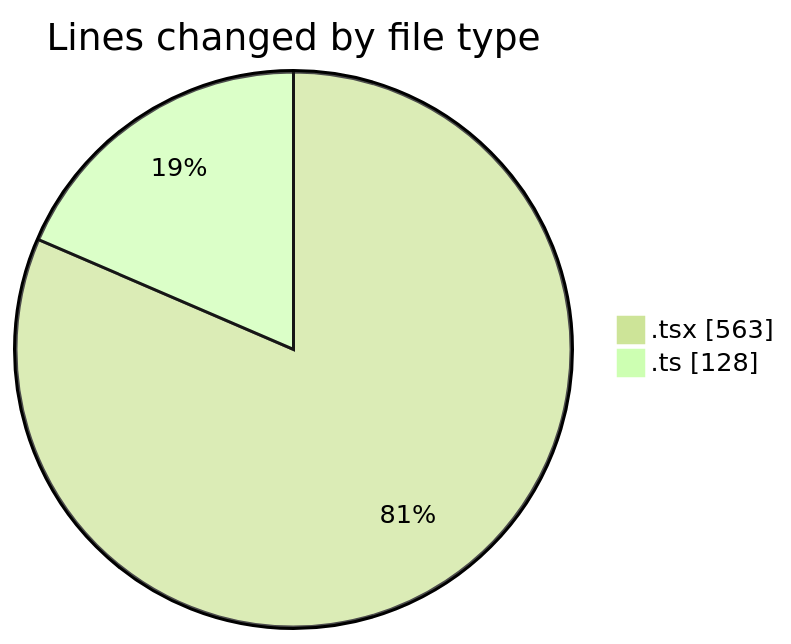
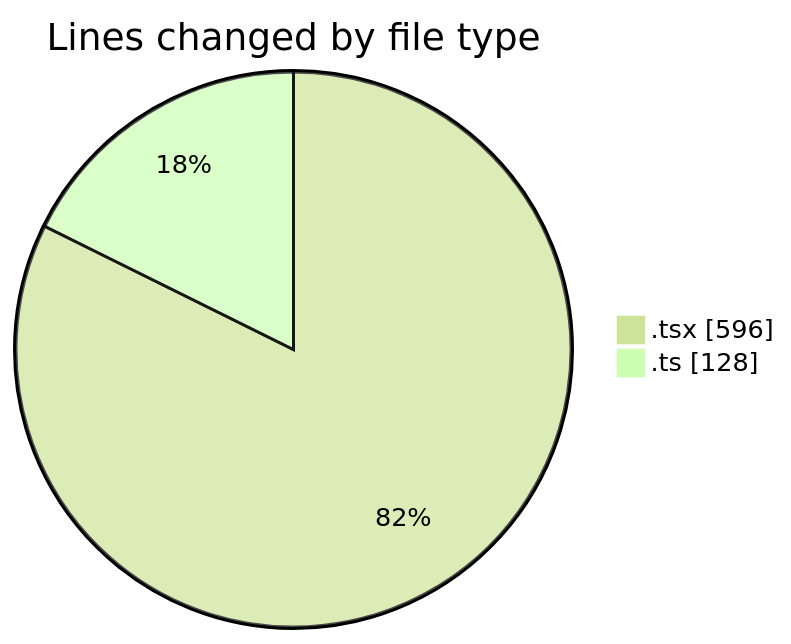
The first of 2 diagrams in 2026-04-20/airfeed-analytics-dashboard/README.md (nxtqubesakshisongat/code-tracking), drawn with Mermaid (forest theme) before and after one commit. The commit also changed other lines of this file and 1 other file, not shown here.

````diff
--- a/2026-04-20/airfeed-analytics-dashboard/README.md
+++ b/2026-04-20/airfeed-analytics-dashboard/README.md
@@ -23,6 +23,6 @@
 ```mermaid
 pie showData
 title Lines changed by file type
-".tsx" : 563
+".tsx" : 596
 ".ts" : 128
 ```
````
